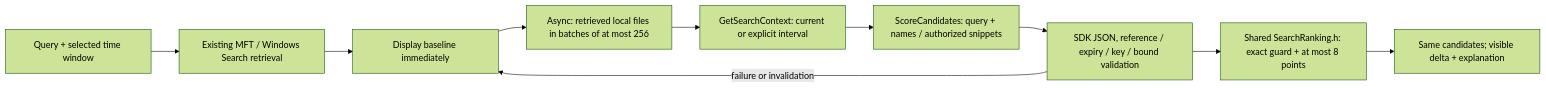
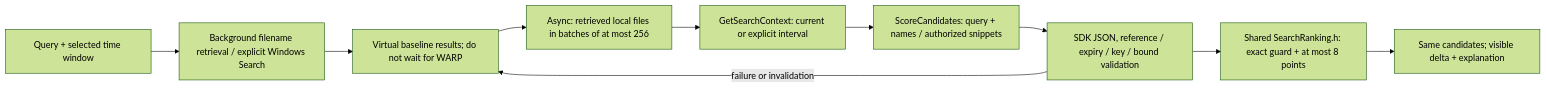
The diagram in README.md (sumanthewhiz/find-my-file), drawn with Mermaid (forest theme) before and after one commit. The commit also changed other lines of this file and 7 other files, not shown here.

First line of the commit message:
Keep startup, filename search and context rendering off the input path

````diff
--- a/README.md
+++ b/README.md
@@ -264,12 +264,12 @@
 ```mermaid
 flowchart LR
-    Query["Query + selected time window"] --> Retrieve["Existing MFT / Windows Search retrieval"]
-    Retrieve --> Baseline["Display baseline immediately"]
+    Query["Query + selected time window"] --> Retrieve["Background filename retrieval / explicit Windows Search"]
+    Retrieve --> Baseline["Virtual baseline results; do not wait for WARP"]
     Baseline --> Worker["Async: retrieved local files in batches of at most 256"]
     Worker --> Freeze["GetSearchContext: current or explicit interval"]
     Freeze --> Score["ScoreCandidates: query + names / authorized snippets"]
     Score --> Validate["SDK JSON, reference / expiry / key / bound validation"]
     Validate --> Rank["Shared SearchRanking.h: exact guard + at most 8 points"]
     Rank --> UI["Same candidates; visible delta + explanation"]
     Validate -->|failure or invalidation| Baseline
 ```
````
